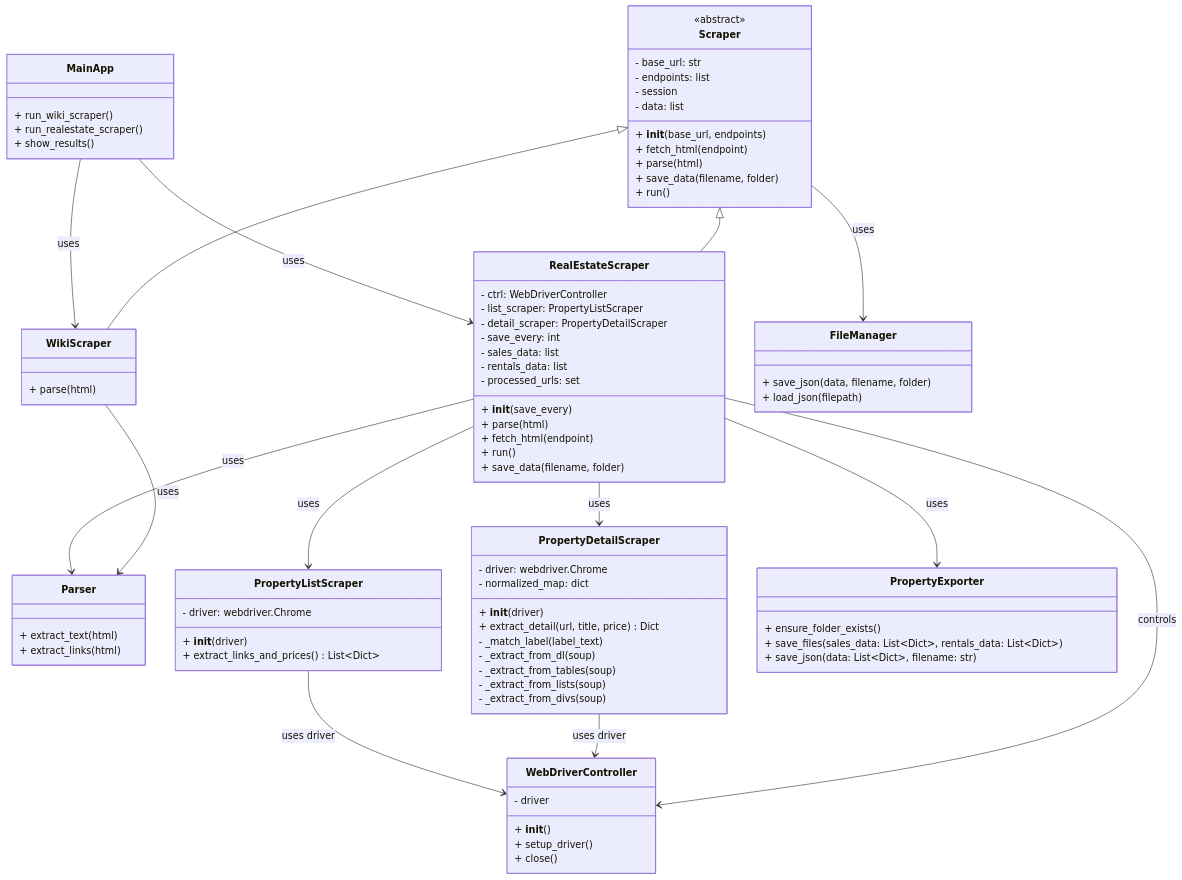
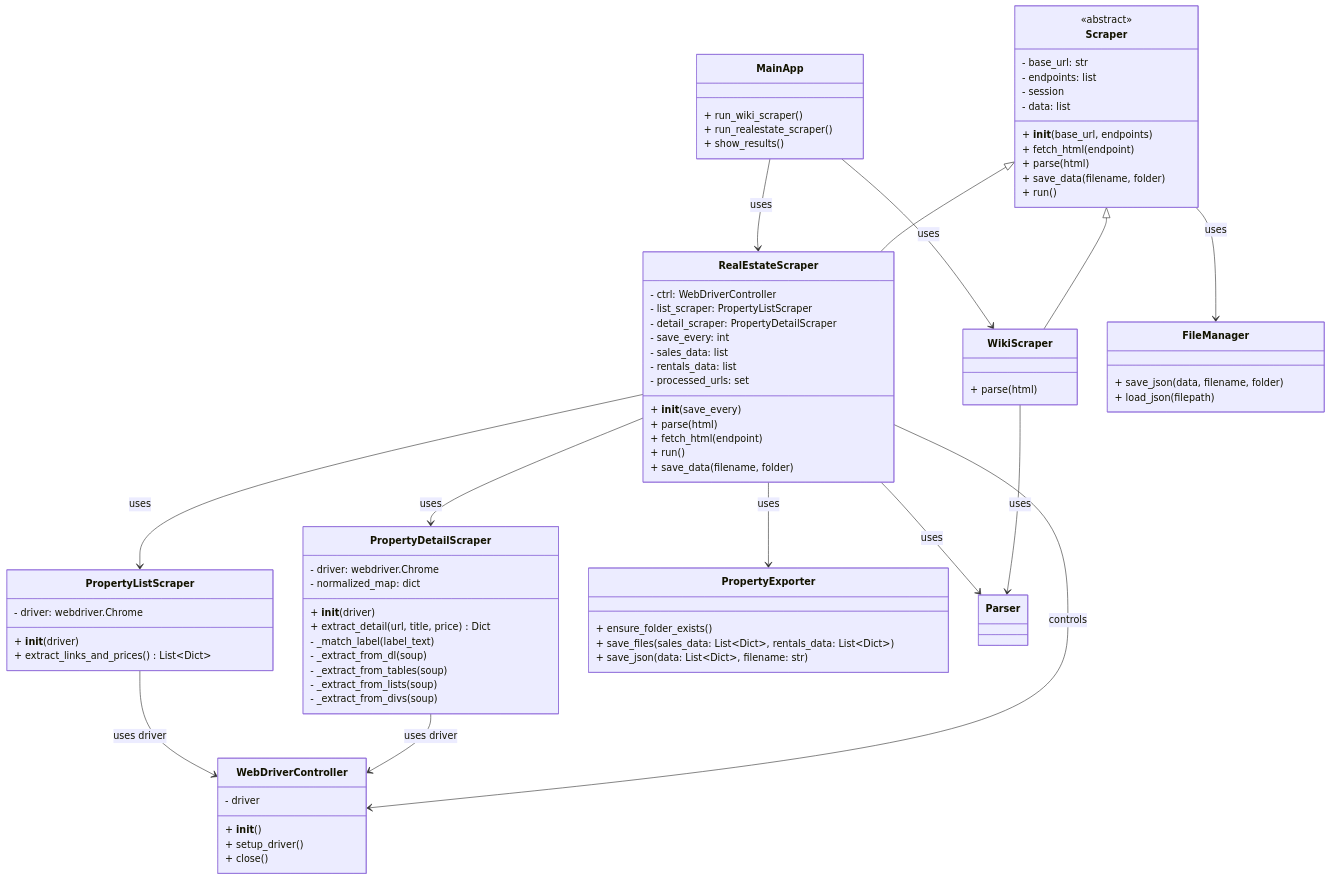
One commit to NicolasFelipeLuisCastillo/project_webscraper changed the diagram in README.md. Above: the diagram before and after it, drawn with Mermaid.

Commit message:
Update README to remove outdated sections
Removed sections on auxiliary components, new classes, and relationships from the README.

```diff
--- a/README.md
+++ b/README.md
@@ -63,11 +63,6 @@
     + save_data(filename, folder)
 }
 
-%% ==== COMPONENTES AUXILIARES ====
-class Parser {
-    + extract_text(html)
-    + extract_links(html)
-}
 
 class FileManager {
     + save_json(data, filename, folder)
@@ -80,7 +75,6 @@
     + show_results()
 }
 
-%% ==== CLASES NUEVAS ====
 class WebDriverController {
     - driver
     + __init__()
@@ -112,7 +106,6 @@
     + save_json(data: List~Dict~, filename: str)
 }
 
-%% ==== RELACIONES ====
 Scraper <|-- WikiScraper
 Scraper <|-- RealEstateScraper
 
@@ -122,7 +115,6 @@
 RealEstateScraper --> Parser : uses
 Scraper --> FileManager : uses
 
-%% ==== NUEVAS RELACIONES ====
 RealEstateScraper --> WebDriverController : controls
 RealEstateScraper --> PropertyListScraper : uses
 RealEstateScraper --> PropertyDetailScraper : uses
```
